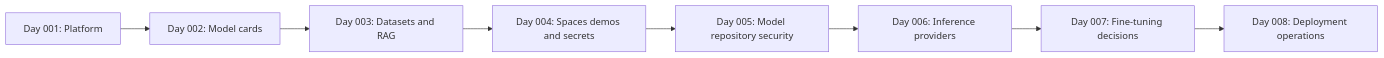
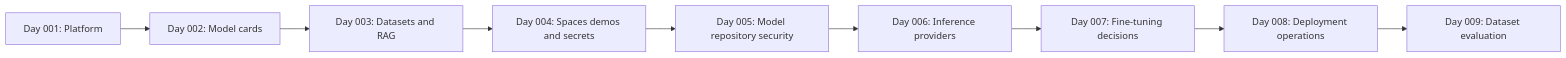
Before and after one commit to codetherapistpita-oss/codetherapistpita-oss: the diagram in knowledge-hub/05-AI-AND-LLMS/AI-ACADEMY/PLATFORMS/HUGGING-FACE/SEASON-01/README.md, drawn with Mermaid. The commit also changed other lines of this file, not shown here.

Commit message:
academy: link Hugging Face Day 009 in navigation

````diff
--- a/knowledge-hub/05-AI-AND-LLMS/AI-ACADEMY/PLATFORMS/HUGGING-FACE/SEASON-01/README.md
+++ b/knowledge-hub/05-AI-AND-LLMS/AI-ACADEMY/PLATFORMS/HUGGING-FACE/SEASON-01/README.md
@@ -24,10 +25,11 @@
 ```mermaid
 flowchart LR
  A[Day 001: Platform] --> B[Day 002: Model cards]
  B --> C[Day 003: Datasets and RAG]
  C --> D[Day 004: Spaces demos and secrets]
  D --> E[Day 005: Model repository security]
  E --> F[Day 006: Inference providers]
  F --> G[Day 007: Fine-tuning decisions]
  G --> H[Day 008: Deployment operations]
+ H --> I[Day 009: Dataset evaluation]
 ```
````
